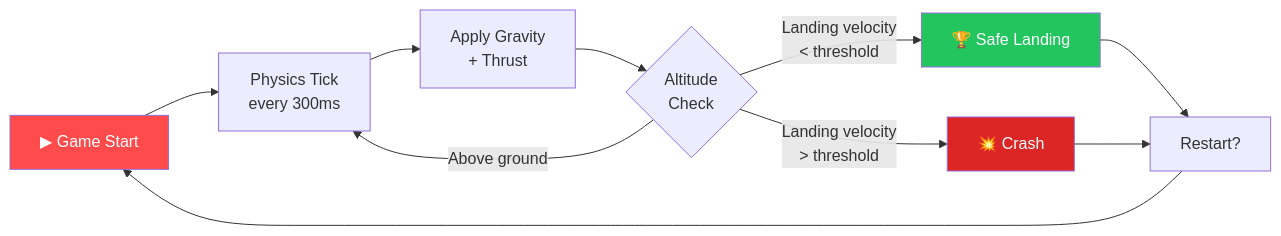
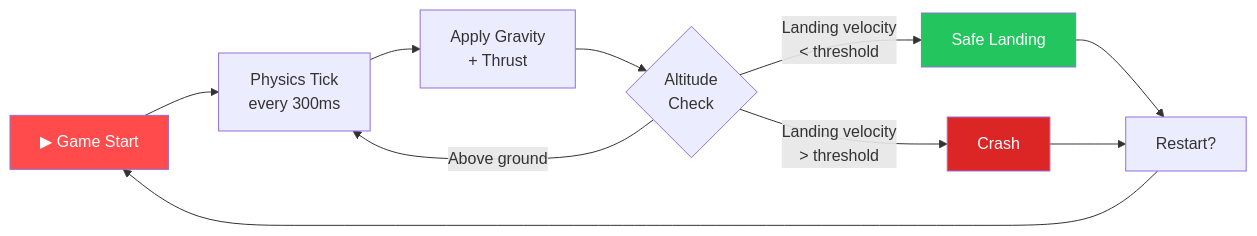
The ninth of 10 diagrams in README.md (a-r-ashik/Agentic-AI-Frameworks), drawn with Mermaid before and after one commit. The commit also changed other lines of this file, not shown here.

````diff
--- a/README.md
+++ b/README.md
@@ -356,16 +356,16 @@
 ```mermaid
 flowchart LR
     A[▶ Game Start] --> B[Physics Tick\nevery 300ms]
     B --> C[Apply Gravity\n+ Thrust]
     C --> D{Altitude\nCheck}
     D -->|Above ground| B
-    D -->|Landing velocity\n< threshold| E[🏆 Safe Landing]
-    D -->|Landing velocity\n> threshold| F[💥 Crash]
+    D -->|Landing velocity\n< threshold| E[ Safe Landing]
+    D -->|Landing velocity\n> threshold| F[ Crash]
     E --> G[Restart?]
     F --> G
     G --> A
 
     style A fill:#FF4B4B,color:#fff
     style E fill:#22C55E,color:#fff
     style F fill:#DC2626,color:#fff
 ```
````
